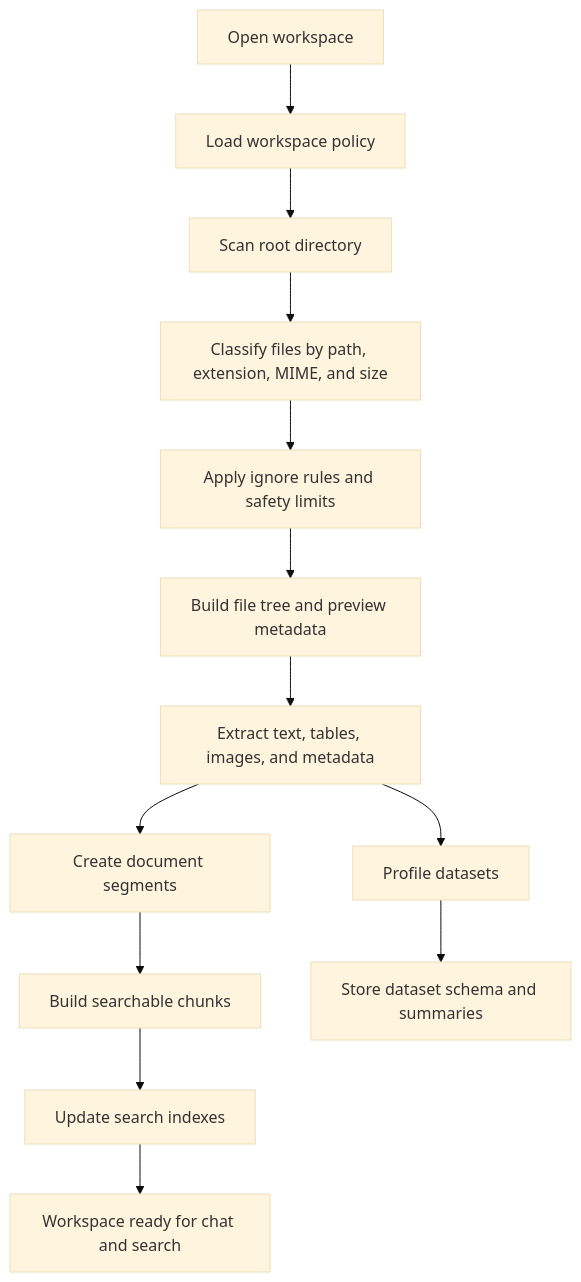
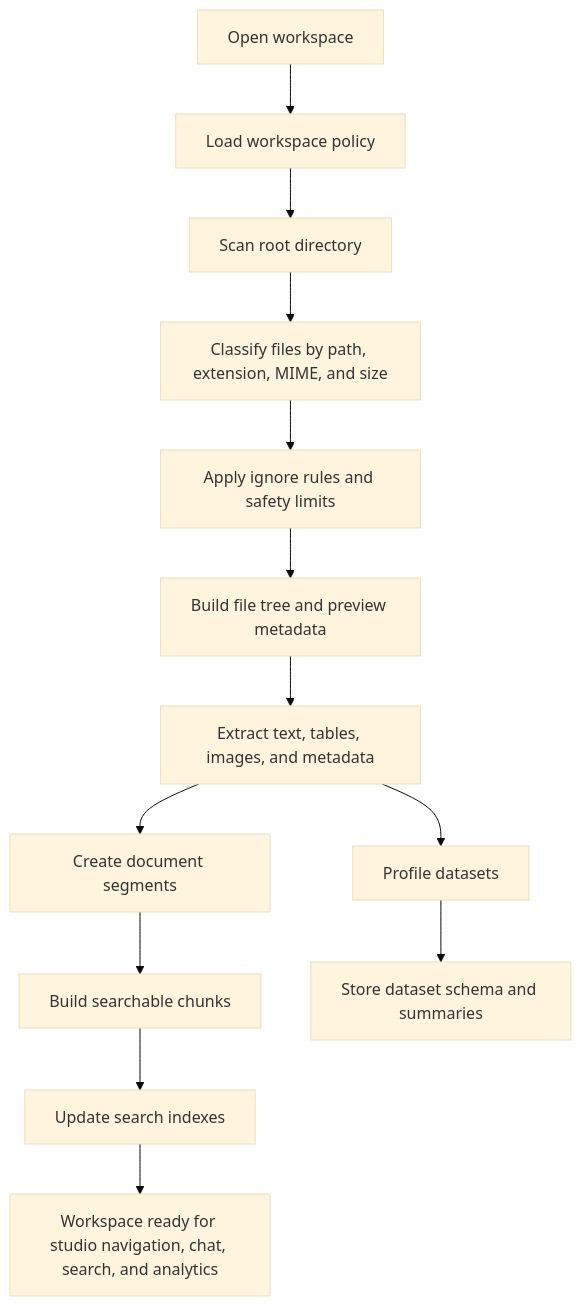
The diagram in docs/04_WORKSPACE_AND_INDEXING.md (RCooLeR/NexusDesk), drawn with Mermaid (base theme) before and after one commit. The commit also changed other lines of this file and 16 other files, not shown here.

````diff
--- a/docs/04_WORKSPACE_AND_INDEXING.md
+++ b/docs/04_WORKSPACE_AND_INDEXING.md
@@ -37,15 +37,15 @@
 ```mermaid
 flowchart TD
   Start["Open workspace"] --> Policy["Load workspace policy"]
   Policy --> Scan["Scan root directory"]
   Scan --> Classify["Classify files by path, extension, MIME, and size"]
   Classify --> Filter["Apply ignore rules and safety limits"]
   Filter --> Preview["Build file tree and preview metadata"]
   Preview --> Extract["Extract text, tables, images, and metadata"]
   Extract --> Segment["Create document segments"]
   Segment --> Chunk["Build searchable chunks"]
   Chunk --> Index["Update search indexes"]
   Extract --> Profile["Profile datasets"]
   Profile --> Store["Store dataset schema and summaries"]
-  Index --> Ready["Workspace ready for chat and search"]
+  Index --> Ready["Workspace ready for studio navigation, chat, search, and analytics"]
 ```
````
